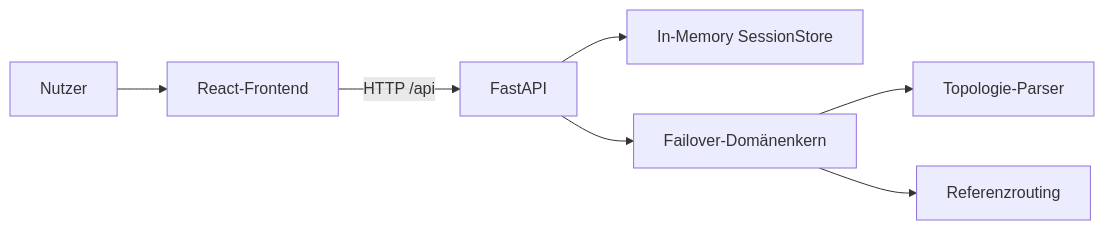
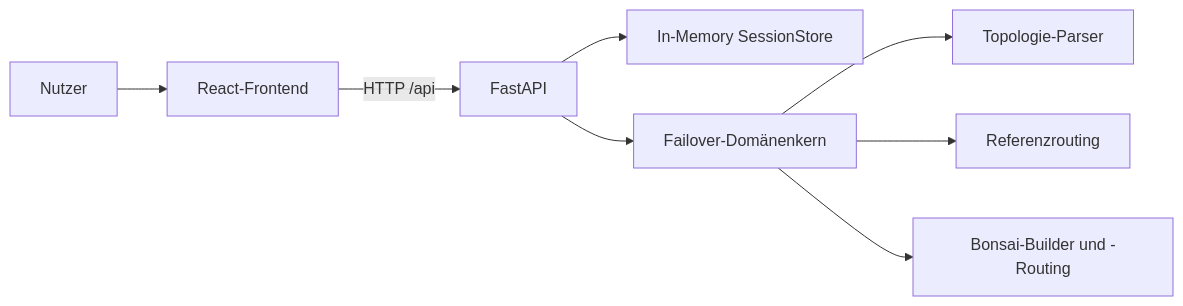
Before and after one commit to sammo3332/routing-simulator-hci-concept: the first of 2 diagrams in ARCHITECTURE.md, drawn with Mermaid. The commit also changed other lines of this file and 18 other files, not shown here.

Commit message:
feat: add greedy Bonsai failover routing

````diff
--- a/ARCHITECTURE.md
+++ b/ARCHITECTURE.md
@@ -16,9 +17,10 @@
 ```mermaid
 flowchart LR
     U["Nutzer"] --> F["React-Frontend"]
     F -->|"HTTP /api"| A["FastAPI"]
     A --> S["In-Memory SessionStore"]
     A --> C["Failover-Domänenkern"]
     C --> P["Topologie-Parser"]
     C --> R["Referenzrouting"]
+    C --> B["Bonsai-Builder und -Routing"]
 ```
````
